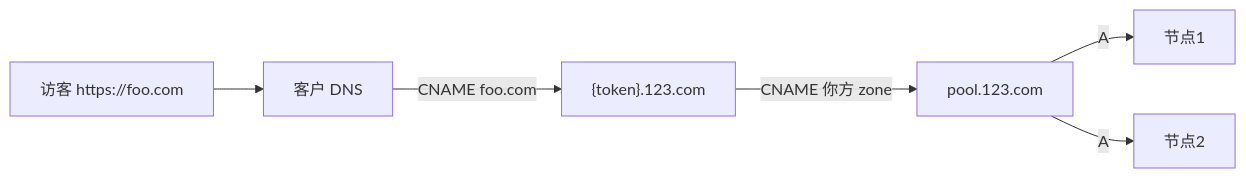
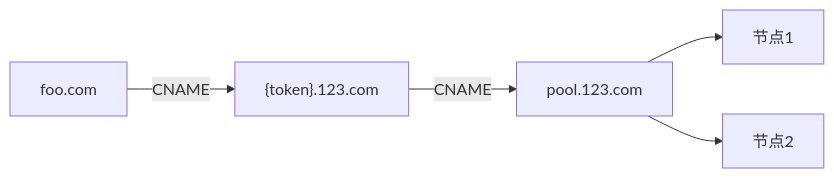
One commit to freejbgo/301 changed the first of 2 diagrams in docs/DEVELOPMENT-EDGE-POOL-HTTPS.md. Above: the diagram before and after it, drawn with Mermaid. The commit also changed other lines of this file, not shown here.

````diff
--- a/docs/DEVELOPMENT-EDGE-POOL-HTTPS.md
+++ b/docs/DEVELOPMENT-EDGE-POOL-HTTPS.md
@@ -55,15 +60,12 @@
 ```mermaid
 flowchart LR
-    U[访客 https://foo.com]
-    DNS_C[客户 DNS]
-    EDGE["{token}.123.com"]
-    POOL[pool.123.com]
+    foo[foo.com]
+    tok["{token}.123.com"]
+    pool[pool.123.com]
     N1[节点1]
     N2[节点2]
-
-    U --> DNS_C
-    DNS_C -->|CNAME foo.com| EDGE
-    EDGE -->|CNAME 你方 zone| POOL
-    POOL -->|A| N1
-    POOL -->|A| N2
+    foo -->|CNAME| tok
+    tok -->|CNAME| pool
+    pool --> N1
+    pool --> N2
 ```
````
